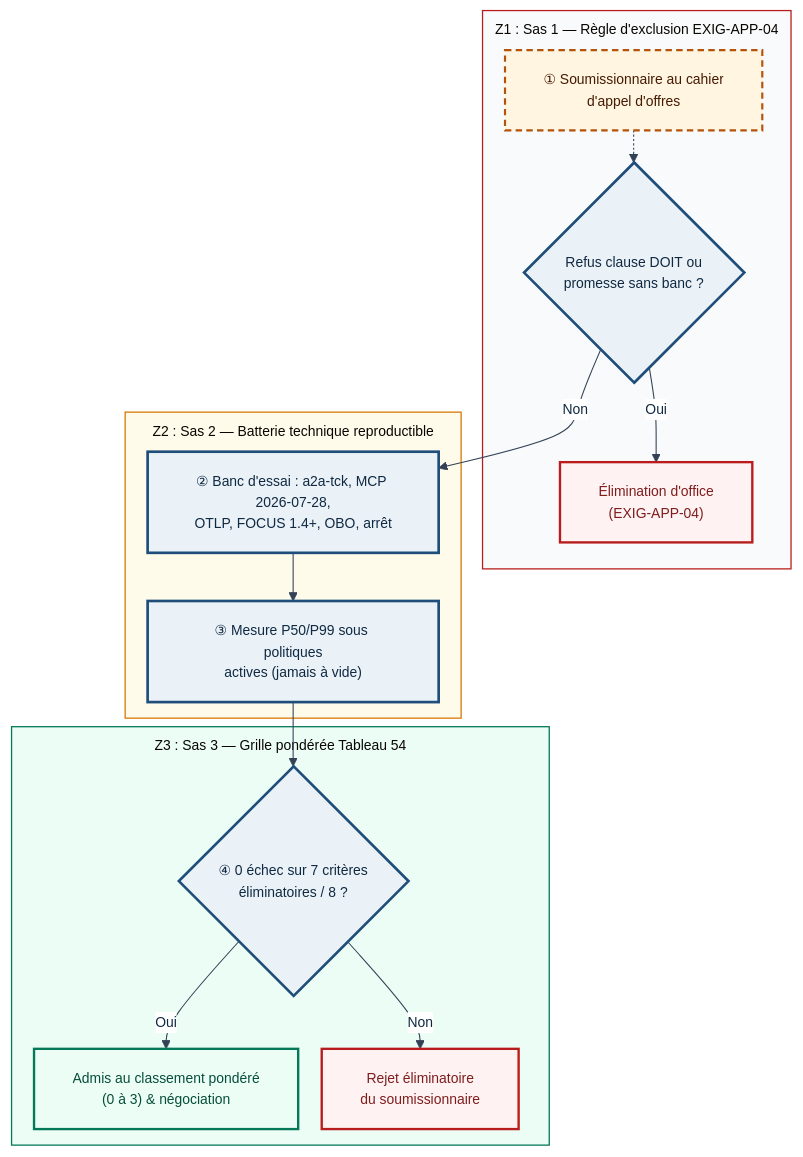
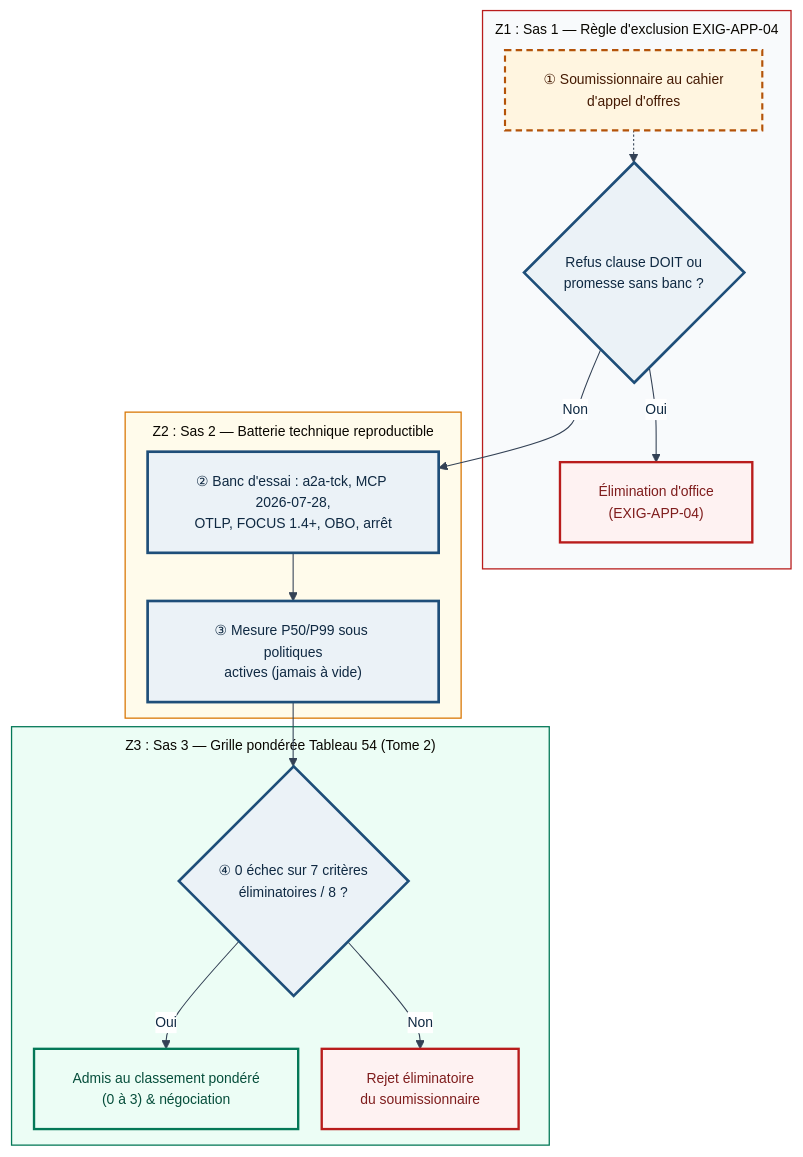
The diagram in Sources/Compendium/ouvrage/schemas/SCH-27-01.mmd (agbruneau/Agentique), drawn with Mermaid before and after one commit. The commit also changed 121 other files, not shown here.

```diff
--- a/Sources/Compendium/ouvrage/schemas/SCH-27-01.mmd
+++ b/Sources/Compendium/ouvrage/schemas/SCH-27-01.mmd
@@ -1,30 +1,30 @@
 %%{init: {'theme': 'base', 'themeVariables': {'fontFamily': 'DejaVu Sans', 'fontSize': '13px', 'lineColor': '#334155', 'edgeLabelBackground': '#FFFFFF', 'primaryTextColor': '#0F2942'}, 'flowchart': {'nodeSpacing': 22, 'rankSpacing': 30, 'padding': 18, 'subGraphTitleMargin': {'top': 8, 'bottom': 14}}}}%%
 flowchart TD
   subgraph Z1["Z1 : Sas 1 — Règle d'exclusion EXIG-APP-04"]
     CAND["① Soumissionnaire au cahier<br/>d'appel d'offres"]:::prob
     DOIT{"Refus clause DOIT ou<br/>promesse sans banc ?"}:::det
     OUT1["Élimination d'office<br/>(EXIG-APP-04)"]:::danger
   end
   subgraph Z2["Z2 : Sas 2 — Batterie technique reproductible"]
     BANC["② Banc d'essai : a2a-tck, MCP 2026-07-28,<br/>OTLP, FOCUS 1.4+, OBO, arrêt"]:::det
     LAT["③ Mesure P50/P99 sous politiques<br/>actives (jamais à vide)"]:::det
   end
-  subgraph Z3["Z3 : Sas 3 — Grille pondérée Tableau 54"]
+  subgraph Z3["Z3 : Sas 3 — Grille pondérée Tableau 54 (Tome 2)"]
     GATE{"④ 0 échec sur 7 critères<br/>éliminatoires / 8 ?"}:::det
     WIN["Admis au classement pondéré<br/>(0 à 3) & négociation"]:::ok
     OUT2["Rejet éliminatoire<br/>du soumissionnaire"]:::danger
   end
   CAND -.-> DOIT
   DOIT -->|Oui| OUT1
   DOIT -->|Non| BANC --> LAT --> GATE
   GATE -->|Oui| WIN
   GATE -->|Non| OUT2
 
   classDef det fill:#EBF2F7,stroke:#1E4E79,stroke-width:2.5px,color:#0F2942
   classDef prob fill:#FFF5E0,stroke:#B45309,stroke-width:2px,stroke-dasharray:6 4,color:#451A03
   classDef danger fill:#FEF2F2,stroke:#B91C1C,stroke-width:2.2px,color:#7F1D1D
   classDef ok fill:#ECFDF5,stroke:#047857,stroke-width:2.2px,color:#064E3B
   classDef ext fill:#F3F4F6,stroke:#4B5563,stroke-width:1.5px,color:#111827
   style Z1 fill:#F8FAFC,stroke:#B91C1C,stroke-width:1.2px
   style Z2 fill:#FFFBEB,stroke:#D97706,stroke-width:1.2px
   style Z3 fill:#ECFDF5,stroke:#047857,stroke-width:1.2px
```
